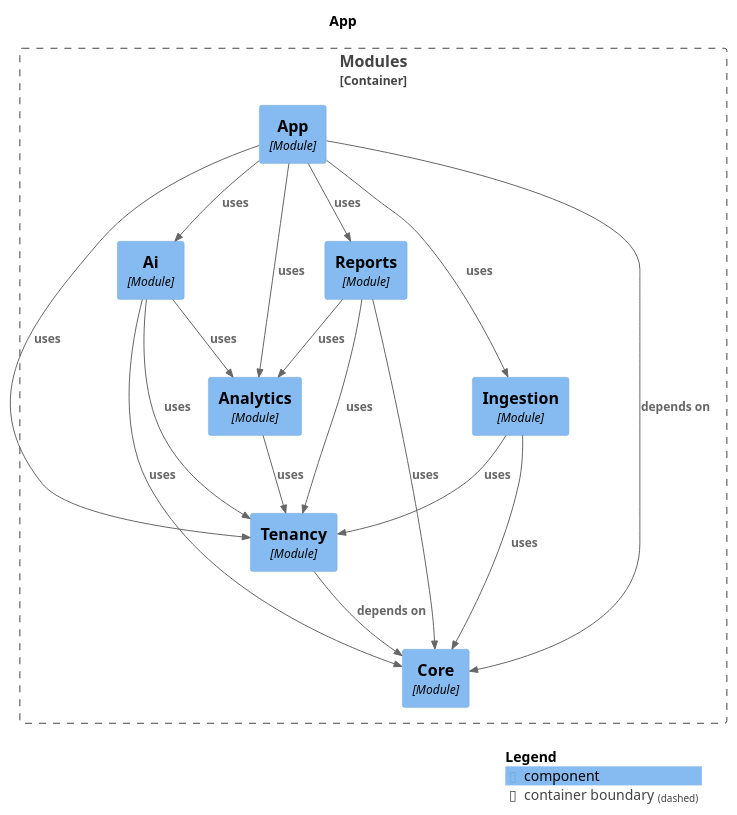
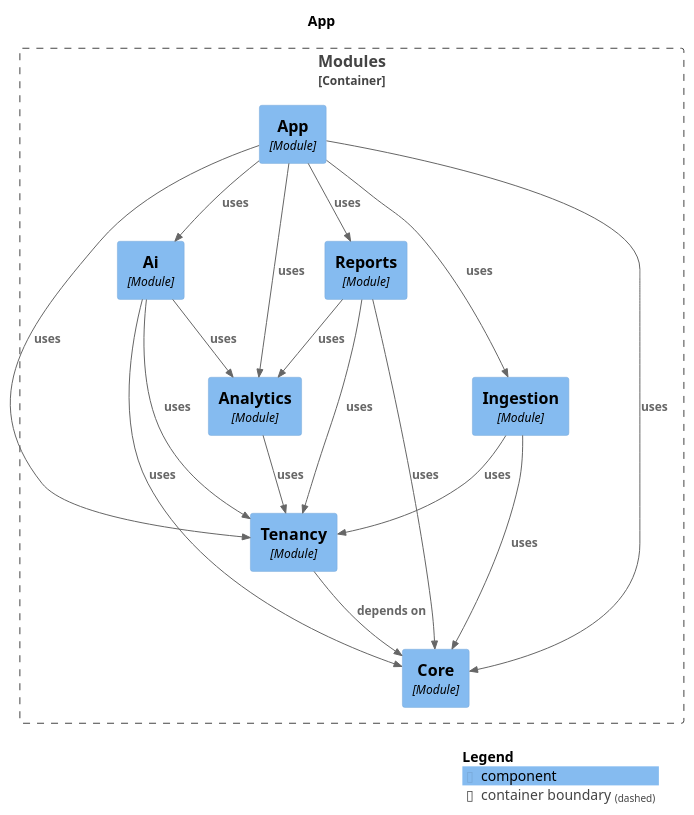
Before and after one commit to aliemrahpekesen/eKingProducitivtyMeter: the diagram in docs/architecture/generated/modulith/module-app.puml, drawn with PlantUML. The commit also changed 22 other files, not shown here.

```diff
--- a/docs/architecture/generated/modulith/module-app.puml
+++ b/docs/architecture/generated/modulith/module-app.puml
@@ -1,39 +1,39 @@
 @startuml
 set separator none
 title App
 
 top to bottom direction
 
 !include <C4/C4>
 !include <C4/C4_Context>
 !include <C4/C4_Component>
 
 Container_Boundary("Modules.Modules_boundary", "Modules", $tags="") {
   Component(Modules.Modules.Tenancy, "Tenancy", $techn="Module", $descr="", $tags="", $link="")
   Component(Modules.Modules.Ai, "Ai", $techn="Module", $descr="", $tags="", $link="")
   Component(Modules.Modules.Analytics, "Analytics", $techn="Module", $descr="", $tags="", $link="")
   Component(Modules.Modules.App, "App", $techn="Module", $descr="", $tags="", $link="")
   Component(Modules.Modules.Core, "Core", $techn="Module", $descr="", $tags="", $link="")
   Component(Modules.Modules.Ingestion, "Ingestion", $techn="Module", $descr="", $tags="", $link="")
   Component(Modules.Modules.Reports, "Reports", $techn="Module", $descr="", $tags="", $link="")
 }
 
 Rel(Modules.Modules.Ai, Modules.Modules.Tenancy, "uses", $techn="", $tags="", $link="")
 Rel(Modules.Modules.Ai, Modules.Modules.Analytics, "uses", $techn="", $tags="", $link="")
 Rel(Modules.Modules.Ai, Modules.Modules.Core, "uses", $techn="", $tags="", $link="")
-Rel(Modules.Modules.Analytics, Modules.Modules.Tenancy, "uses", $techn="", $tags="", $link="")
-Rel(Modules.Modules.App, Modules.Modules.Core, "depends on", $techn="", $tags="", $link="")
 Rel(Modules.Modules.App, Modules.Modules.Ingestion, "uses", $techn="", $tags="", $link="")
 Rel(Modules.Modules.App, Modules.Modules.Tenancy, "uses", $techn="", $tags="", $link="")
 Rel(Modules.Modules.App, Modules.Modules.Ai, "uses", $techn="", $tags="", $link="")
 Rel(Modules.Modules.App, Modules.Modules.Reports, "uses", $techn="", $tags="", $link="")
 Rel(Modules.Modules.App, Modules.Modules.Analytics, "uses", $techn="", $tags="", $link="")
+Rel(Modules.Modules.App, Modules.Modules.Core, "uses", $techn="", $tags="", $link="")
+Rel(Modules.Modules.Ingestion, Modules.Modules.Tenancy, "uses", $techn="", $tags="", $link="")
+Rel(Modules.Modules.Ingestion, Modules.Modules.Core, "uses", $techn="", $tags="", $link="")
 Rel(Modules.Modules.Reports, Modules.Modules.Analytics, "uses", $techn="", $tags="", $link="")
 Rel(Modules.Modules.Reports, Modules.Modules.Tenancy, "uses", $techn="", $tags="", $link="")
 Rel(Modules.Modules.Reports, Modules.Modules.Core, "uses", $techn="", $tags="", $link="")
-Rel(Modules.Modules.Ingestion, Modules.Modules.Tenancy, "uses", $techn="", $tags="", $link="")
-Rel(Modules.Modules.Ingestion, Modules.Modules.Core, "uses", $techn="", $tags="", $link="")
 Rel(Modules.Modules.Tenancy, Modules.Modules.Core, "depends on", $techn="", $tags="", $link="")
+Rel(Modules.Modules.Analytics, Modules.Modules.Tenancy, "uses", $techn="", $tags="", $link="")
 
 SHOW_LEGEND(true)
 @enduml
```
